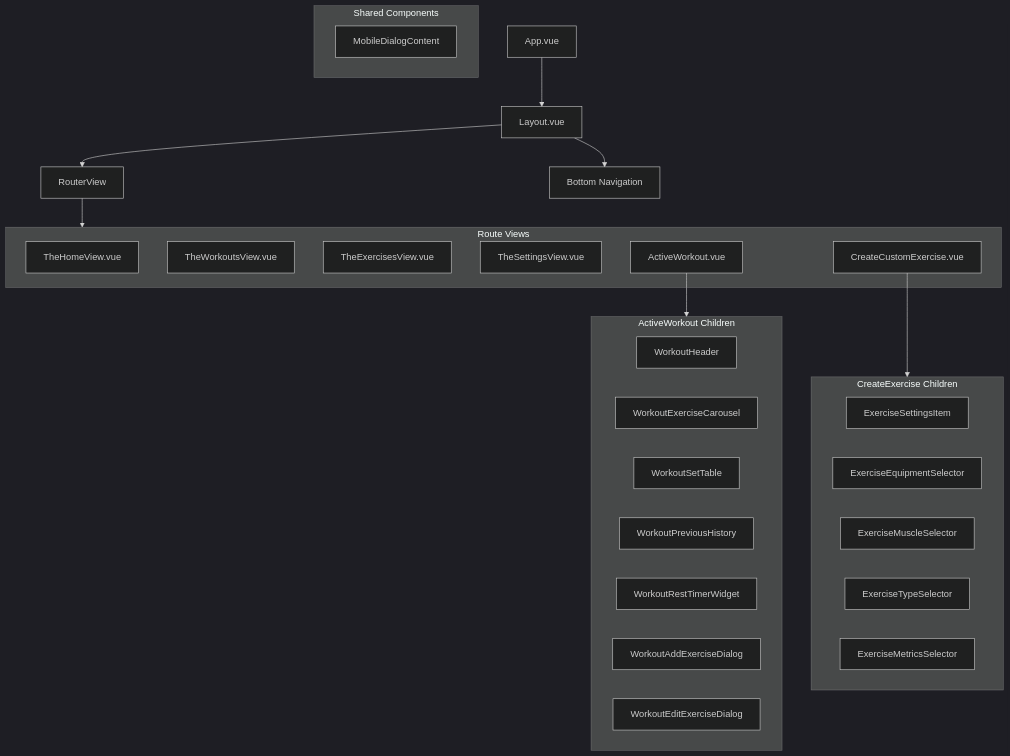
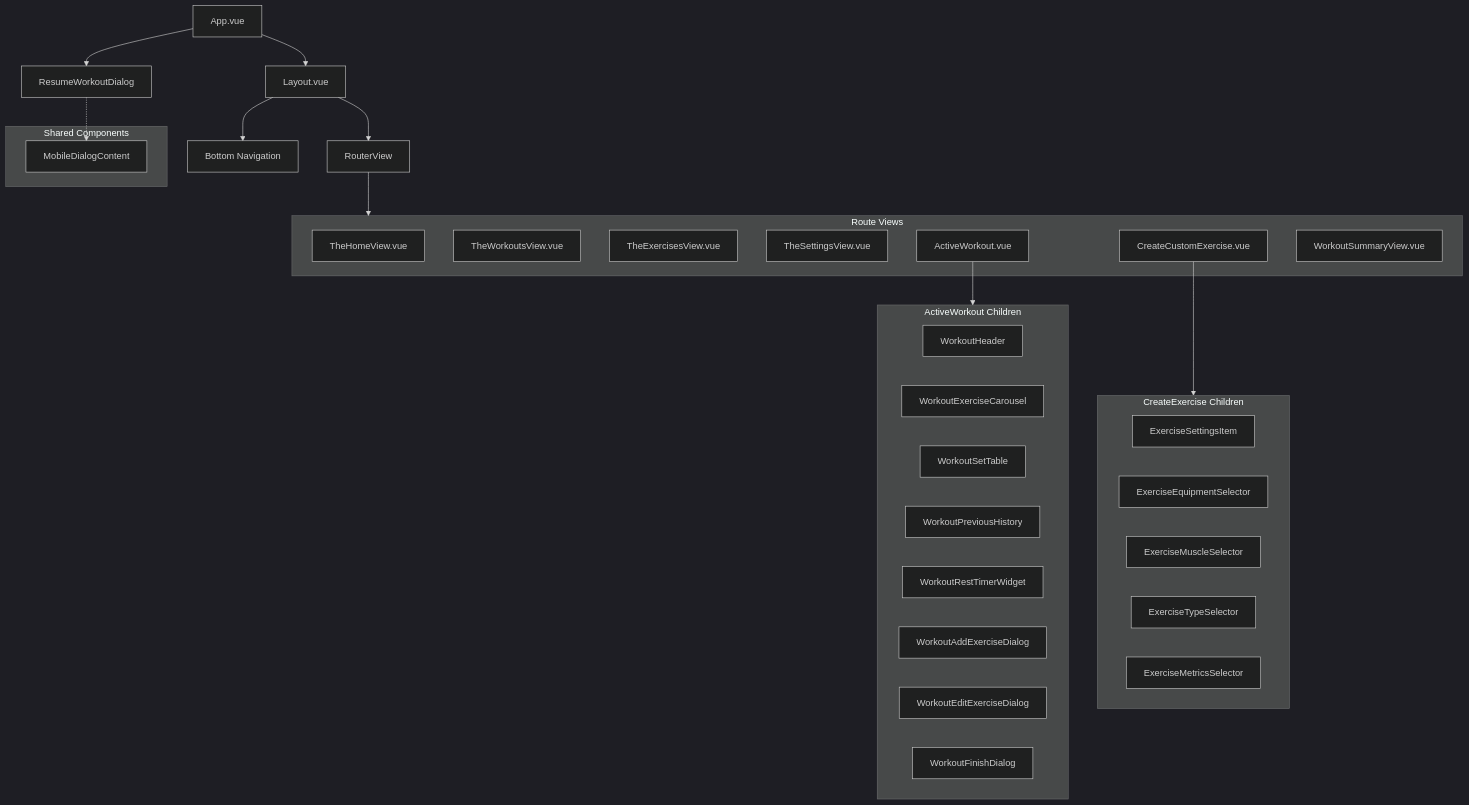
One commit to alexanderop/workoutTracker changed the diagram in CLAUDE.md. Above: the diagram before and after it, drawn with Mermaid (dark theme). The commit also changed 18 other files, not shown here.

First line of the commit message:
feat(workout): add workout detail view with navigation and shared formatters

````diff
--- a/CLAUDE.md
+++ b/CLAUDE.md
@@ -97,44 +97,49 @@
 ```mermaid
 flowchart TD
     App["App.vue"] --> Layout["Layout.vue"]
+    App --> ResumeWorkoutDialog["ResumeWorkoutDialog"]
 
     Layout --> RouterView["RouterView"]
     Layout --> BottomNav["Bottom Navigation"]
 
     subgraph Views["Route Views"]
         Home["TheHomeView.vue"]
         Workouts["TheWorkoutsView.vue"]
         Exercises["TheExercisesView.vue"]
         Settings["TheSettingsView.vue"]
         ActiveWorkout["ActiveWorkout.vue"]
         CreateExercise["CreateCustomExercise.vue"]
+        WorkoutSummary["WorkoutSummaryView.vue"]
     end
 
     RouterView --> Views
 
     subgraph ActiveWorkoutChildren["ActiveWorkout Children"]
         WorkoutHeader["WorkoutHeader"]
         WorkoutExerciseCarousel["WorkoutExerciseCarousel"]
         WorkoutSetTable["WorkoutSetTable"]
         WorkoutPreviousHistory["WorkoutPreviousHistory"]
         WorkoutRestTimerWidget["WorkoutRestTimerWidget"]
         WorkoutAddExerciseDialog["WorkoutAddExerciseDialog"]
         WorkoutEditExerciseDialog["WorkoutEditExerciseDialog"]
+        WorkoutFinishDialog["WorkoutFinishDialog"]
     end
 
     ActiveWorkout --> ActiveWorkoutChildren
 
     subgraph CreateExerciseChildren["CreateExercise Children"]
         ExerciseSettingsItem["ExerciseSettingsItem"]
         ExerciseEquipmentSelector["ExerciseEquipmentSelector"]
         ExerciseMuscleSelector["ExerciseMuscleSelector"]
         ExerciseTypeSelector["ExerciseTypeSelector"]
         ExerciseMetricsSelector["ExerciseMetricsSelector"]
     end
 
     CreateExercise --> CreateExerciseChildren
 
     subgraph SharedComponents["Shared Components"]
         MobileDialogContent["MobileDialogContent"]
     end
+
+    ResumeWorkoutDialog -.-> MobileDialogContent
 ```
````
